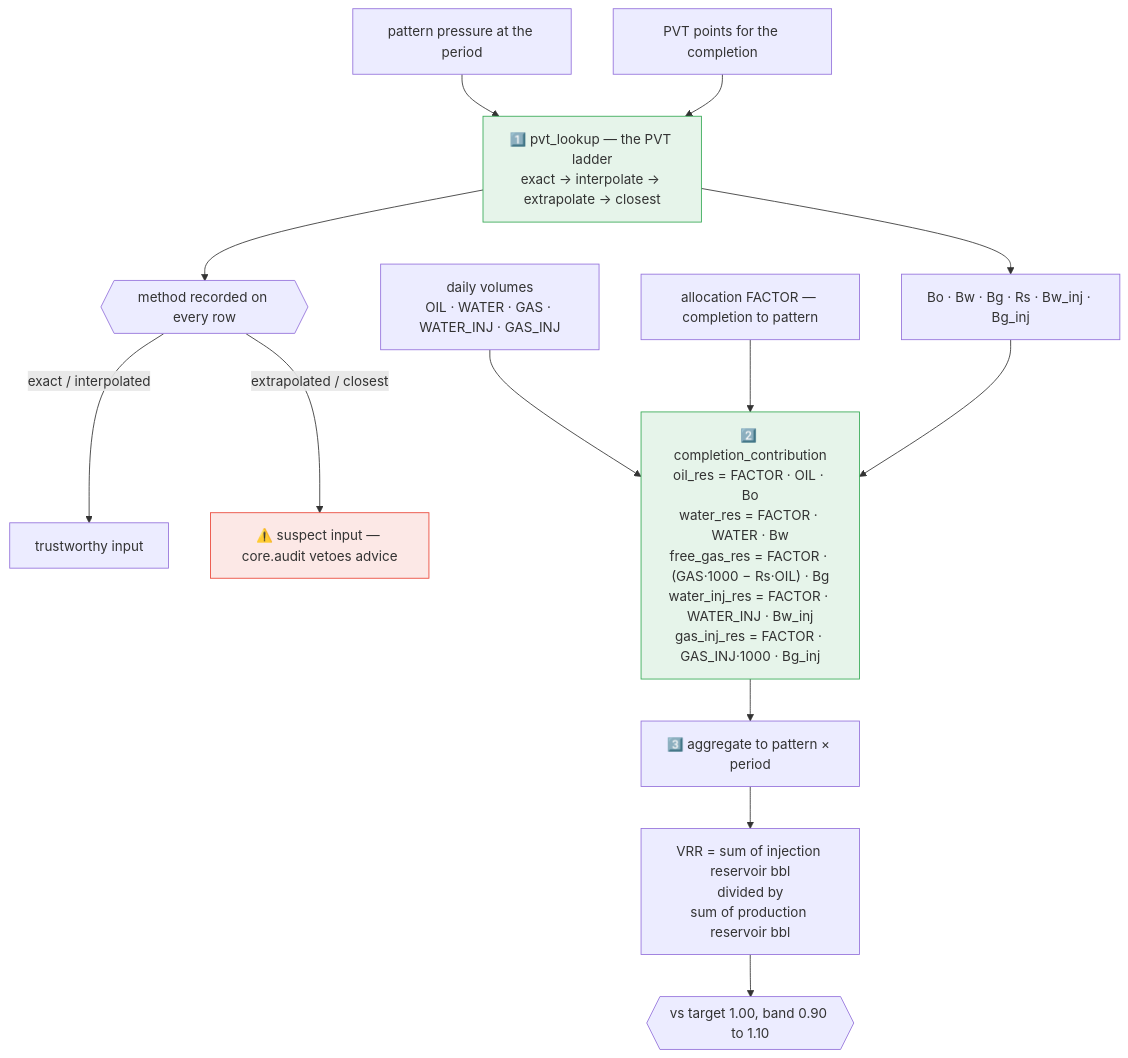
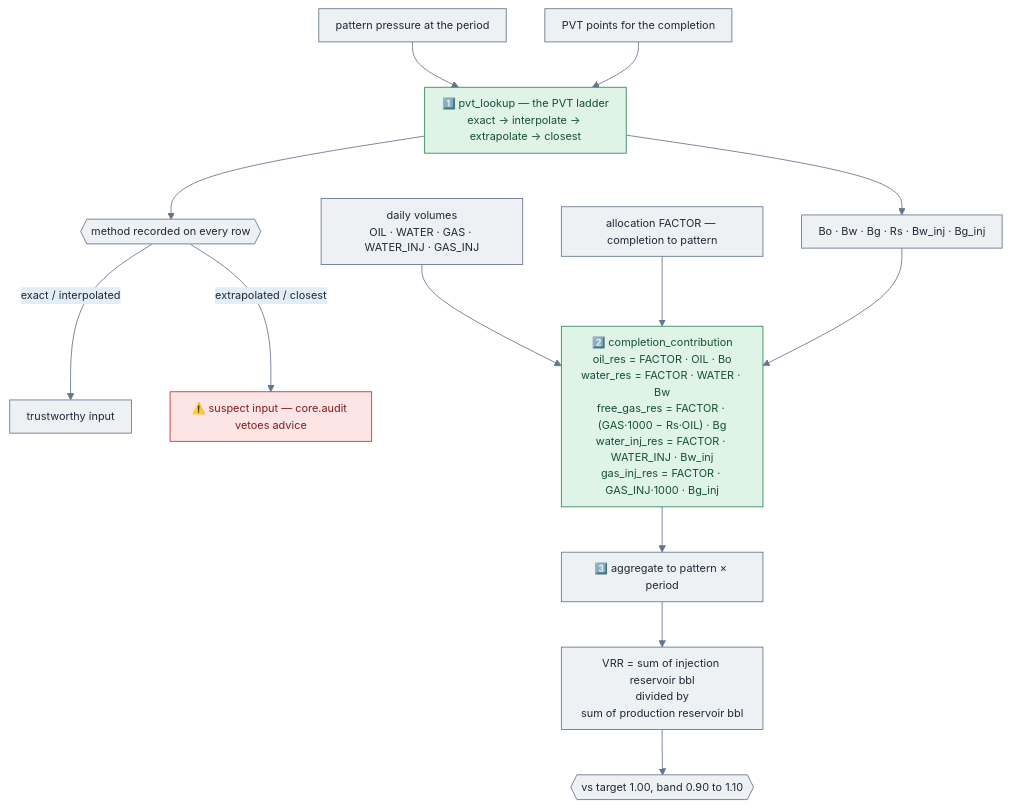
One commit to vamshi455/vrr-agent-open changed the fourth of 19 diagrams in README.md. Above: the diagram before and after it, drawn with Mermaid. The commit also changed other lines of this file and 2 other files, not shown here.

````diff
--- a/README.md
+++ b/README.md
@@ -325,24 +366,26 @@
 ```mermaid
+%%{init: {'theme':'base','themeVariables':{'fontFamily':'ui-sans-serif, system-ui, -apple-system, sans-serif','fontSize':'13px','lineColor':'#64748b','primaryColor':'#eef1f4','primaryTextColor':'#1f2937','primaryBorderColor':'#64748b','secondaryColor':'#e3edf6','tertiaryColor':'#eef1f4'},'flowchart':{'htmlLabels':true,'padding':10,'nodeSpacing':46,'rankSpacing':54,'curve':'basis','useMaxWidth':true},'sequence':{'useMaxWidth':true,'boxMargin':8}}}%%
 flowchart TB
     P["pattern pressure at the period"] --> LADDER
     PVTPTS["PVT points for the completion"] --> LADDER
     LADDER["1️⃣ pvt_lookup — the PVT ladder<br/>exact → interpolate → extrapolate → closest"]
     LADDER --> METHOD{{"method recorded on every row"}}
     METHOD -->|"exact / interpolated"| OK["trustworthy input"]
     METHOD -->|"extrapolated / closest"| SUSPECT["⚠️ suspect input — core.audit vetoes advice"]
 
     LADDER --> FVF["Bo · Bw · Bg · Rs · Bw_inj · Bg_inj"]
     VOL["daily volumes<br/>OIL · WATER · GAS · WATER_INJ · GAS_INJ"] --> CONTRIB
     FACTOR["allocation FACTOR — completion to pattern"] --> CONTRIB
     FVF --> CONTRIB
 
     CONTRIB["2️⃣ completion_contribution<br/>oil_res = FACTOR · OIL · Bo<br/>water_res = FACTOR · WATER · Bw<br/>free_gas_res = FACTOR · (GAS·1000 − Rs·OIL) · Bg<br/>water_inj_res = FACTOR · WATER_INJ · Bw_inj<br/>gas_inj_res = FACTOR · GAS_INJ·1000 · Bg_inj"]
 
     CONTRIB --> AGG["3️⃣ aggregate to pattern × period"]
     AGG --> VRR["VRR = sum of injection reservoir bbl<br/>divided by<br/>sum of production reservoir bbl"]
     VRR --> BAND{{"vs target 1.00, band 0.90 to 1.10"}}
 
-    style LADDER fill:#e6f4ea,stroke:#34a853
-    style CONTRIB fill:#e6f4ea,stroke:#34a853
-    style SUSPECT fill:#fce8e6,stroke:#ea4335
+    classDef ok fill:#dff3e6,stroke:#2f855a,stroke-width:1px,color:#14532d;
+    classDef bad fill:#fde5e5,stroke:#c53030,stroke-width:1px,color:#7f1d1d;
+    class LADDER,CONTRIB ok;
+    class SUSPECT bad;
 ```
````
